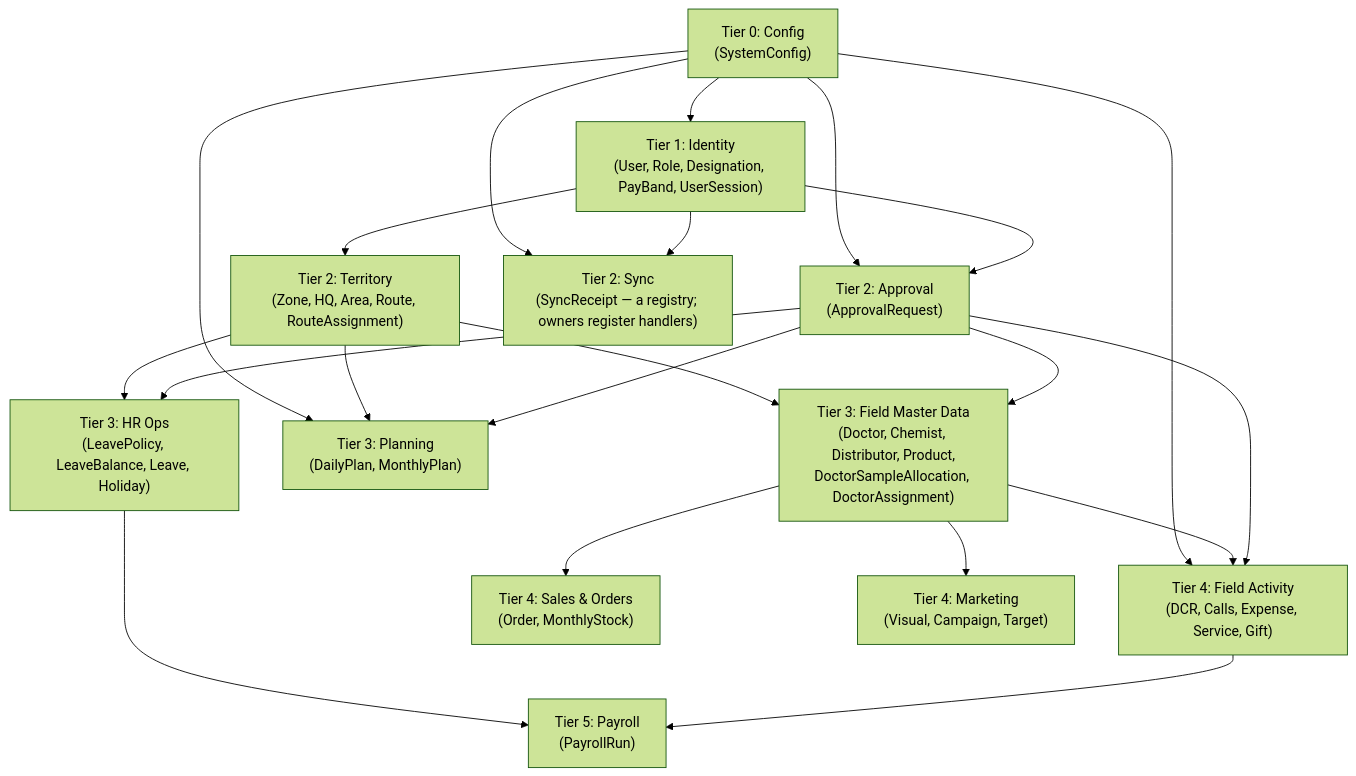
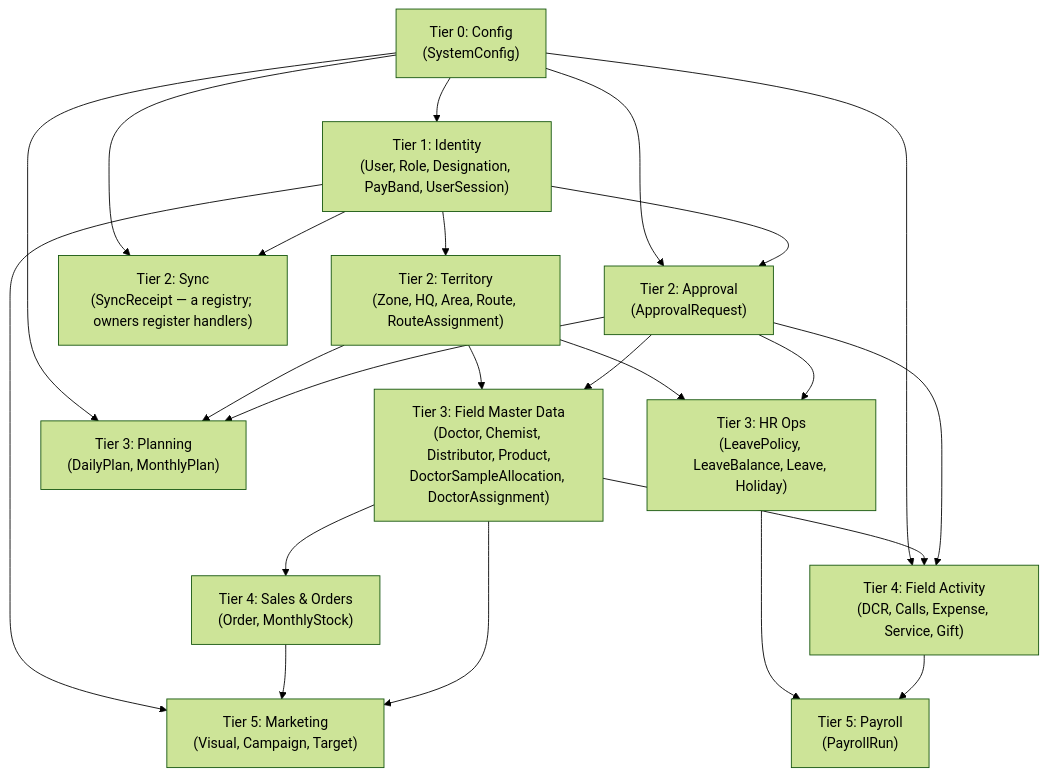
One commit to reboot-ai-private-limited/greynote changed the second of 2 diagrams in docs/hld/03-system-architecture.md. Above: the diagram before and after it, drawn with Mermaid (forest theme). The commit also changed 6 other files, not shown here.

First line of the commit message:
Marketing moves up to Tier 5 beside Payroll; B9, G1 and G9 confirmed

````diff
--- a/docs/hld/03-system-architecture.md
+++ b/docs/hld/03-system-architecture.md
@@ -38,36 +38,38 @@
 ```mermaid
 graph TD
     Config["Tier 0: Config<br/>(SystemConfig)"]
     Identity["Tier 1: Identity<br/>(User, Role, Designation, PayBand, UserSession)"]
     Territory["Tier 2: Territory<br/>(Zone, HQ, Area, Route, RouteAssignment)"]
     Approval["Tier 2: Approval<br/>(ApprovalRequest)"]
     Sync["Tier 2: Sync<br/>(SyncReceipt — a registry; owners register handlers)"]
     FMD["Tier 3: Field Master Data<br/>(Doctor, Chemist, Distributor, Product,<br/>DoctorSampleAllocation, DoctorAssignment)"]
     Planning["Tier 3: Planning<br/>(DailyPlan, MonthlyPlan)"]
     HR["Tier 3: HR Ops<br/>(LeavePolicy, LeaveBalance, Leave, Holiday)"]
     FieldActivity["Tier 4: Field Activity<br/>(DCR, Calls, Expense, Service, Gift)"]
     Sales["Tier 4: Sales & Orders<br/>(Order, MonthlyStock)"]
-    Marketing["Tier 4: Marketing<br/>(Visual, Campaign, Target)"]
+    Marketing["Tier 5: Marketing<br/>(Visual, Campaign, Target)"]
     Payroll["Tier 5: Payroll<br/>(PayrollRun)"]
 
     Config --> Identity
     Identity --> Territory
     Identity --> Approval
     Config --> Approval
     Identity --> Sync
     Config --> Sync
     Approval --> Planning
     Approval --> HR
     Approval --> FMD
     Approval --> FieldActivity
     Territory --> FMD
     Territory --> Planning
     Territory --> HR
     Config --> Planning
     FMD --> FieldActivity
     Config --> FieldActivity
     FMD --> Sales
     FMD --> Marketing
+    Sales --> Marketing
+    Identity --> Marketing
     FieldActivity --> Payroll
     HR --> Payroll
 ```
````
